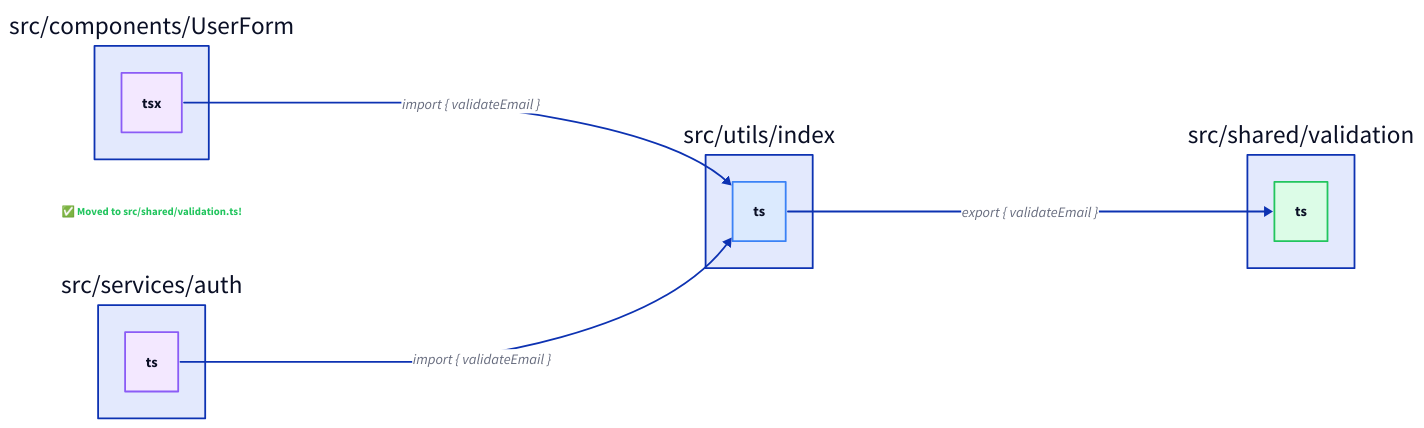
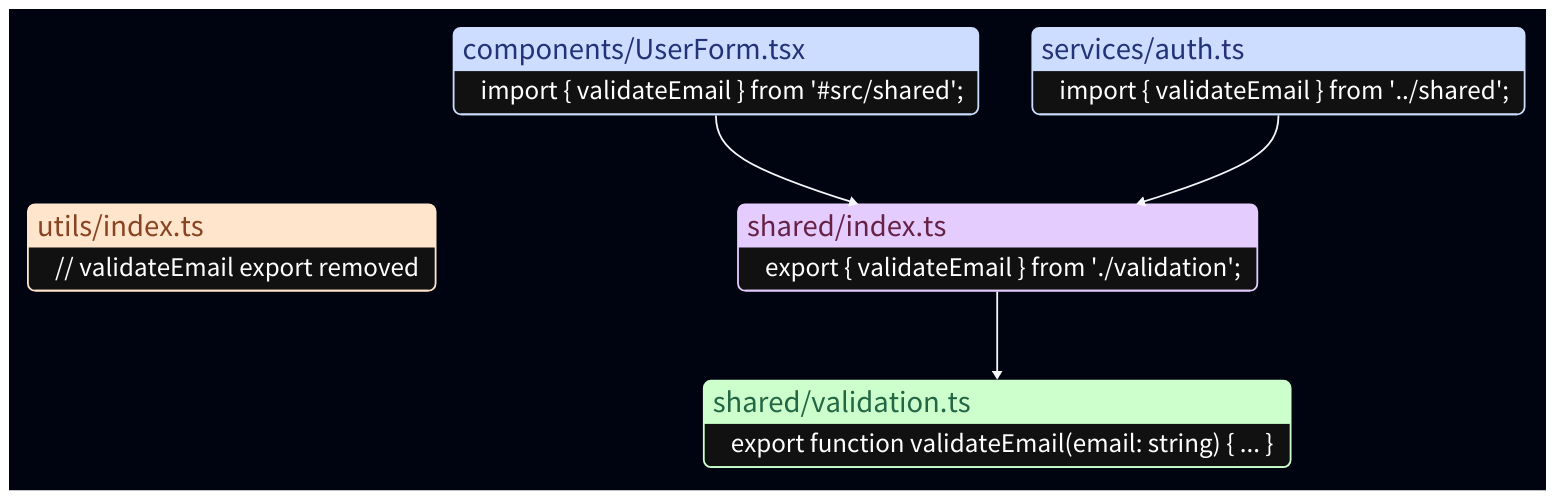
The second of 2 diagrams in docs/content/docs/index.mdx (SubtleTools/move-ts-file), drawn with D2 before and after one commit. The commit also changed other lines of this file and 10 other files, not shown here.

````diff
--- a/docs/content/docs/index.mdx
+++ b/docs/content/docs/index.mdx
@@ -90,49 +157,94 @@
-```d2
-direction: right
+    ```d2
+    direction: down
 
-src/components/UserForm.tsx -> src/utils/index.ts: "import { validateEmail }"
-src/services/auth.ts -> src/utils/index.ts: "import { validateEmail }"
-src/utils/index.ts -> src/shared/validation.ts: "export { validateEmail }"
+    vars: {
+      d2-config: {
+        theme-id: 201
+        theme-overrides: {
+          N2: "#FFF"
+        }
+      }
+    }
 
-src/shared/validation.ts: {
-  shape: rectangle
-  style: {
-    fill: "#dcfce7"
-    stroke: "#22c55e"
-  }
-}
+    classes: {
+      base: {
+        style: {
+          stroke: white
+          border-radius: 8
+          font: mono
+          font-size: 30
+          bold: false
+          fill: "#111"
+          shadow: true
+          stroke: "#111"
+        }
+      }
 
-src/utils/index.ts: {
-  shape: rectangle
-  style: {
-    fill: "#dbeafe"
-    stroke: "#3b82f6"
-  }
-}
+      file: {
+        shape: rectangle
+        style: {
+          fill: "#CCDDFF"
+          font-color: "#237"
+        }
+      }
 
-src/components/UserForm.tsx: {
-  shape: rectangle
-  style: {
-    fill: "#f3e8ff"
-    stroke: "#8b5cf6"
-  }
-}
+      barrel_utils: {
+        shape: rectangle
+        style: {
+          fill: "#FFE5CC"
+          font-color: "#842"
+        }
+      }
 
-src/services/auth.ts: {
-  shape: rectangle
-  style: {
-    fill: "#f3e8ff"
-    stroke: "#8b5cf6"
-  }
-}
+      barrel_shared: {
+        shape: rectangle
+        style: {
+          fill: "#E5CCFF"
+          font-color: "#624"
+        }
+      }
 
-moved_file: {
-  shape: text
-  style: {
-    font-color: "#22c55e"
-    font-size: 12
-    bold: true
-  }
-}
-moved_file: "✅ Moved to src/shared/validation.ts!"
-```
+      validation: {
+        shape: rectangle
+        style: {
+          fill: "#CCFFCC"
+          font-color: "#264"
+        }
+      }
+    }
+
+    UserForm: components/UserForm.tsx {
+      shape: sql_table
+      class: [base; file]
+      "": "import { validateEmail } from '#src/shared';"
+    }
+
+    auth: services/auth.ts {
+      shape: sql_table
+      class: [base; file]
+      "": "import { validateEmail } from '../shared';"
+    }
+
+    utils: utils/index.ts {
+      near: center-left
+      shape: sql_table
+      class: [base; barrel_utils]
+      "": "// validateEmail export removed"
+    }
+
+    shared: shared/index.ts {
+      shape: sql_table
+      class: [base; barrel_shared]
+      "": "export { validateEmail } from './validation';"
+    }
+
+    validation: shared/validation.ts {
+      shape: sql_table
+      class: [base; validation]
+      "": "export function validateEmail(email: string) { ... }"
+    }
+
+    UserForm -> shared
+    auth -> shared
+    shared -> validation
+    ```
````
